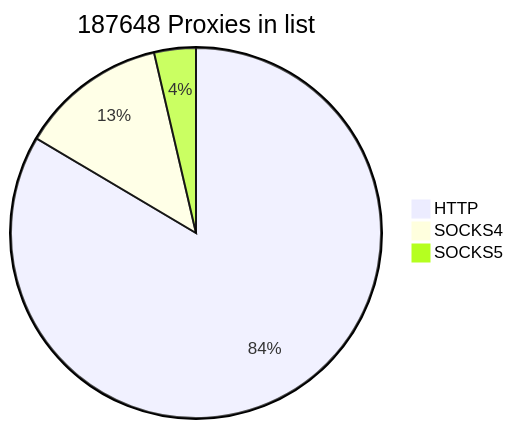
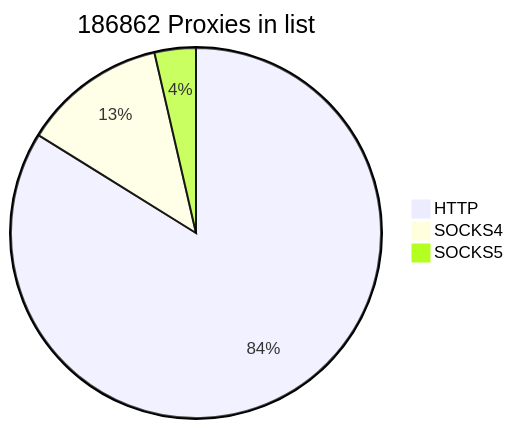
Before and after one commit to cutipu/proxylist: the first of 2 diagrams in README.md, drawn with Mermaid. The commit also changed other lines of this file, not shown here.

````diff
--- a/README.md
+++ b/README.md
@@ -2,7 +2,7 @@
 ```mermaid
-pie title 187648 Proxies in list
-    "HTTP" : 156706
-    "SOCKS4" : 24111
-    "SOCKS5" : 6831
+pie title 186862 Proxies in list
+    "HTTP" : 156681
+    "SOCKS4" : 23439
+    "SOCKS5" : 6742
             
 ```
````
